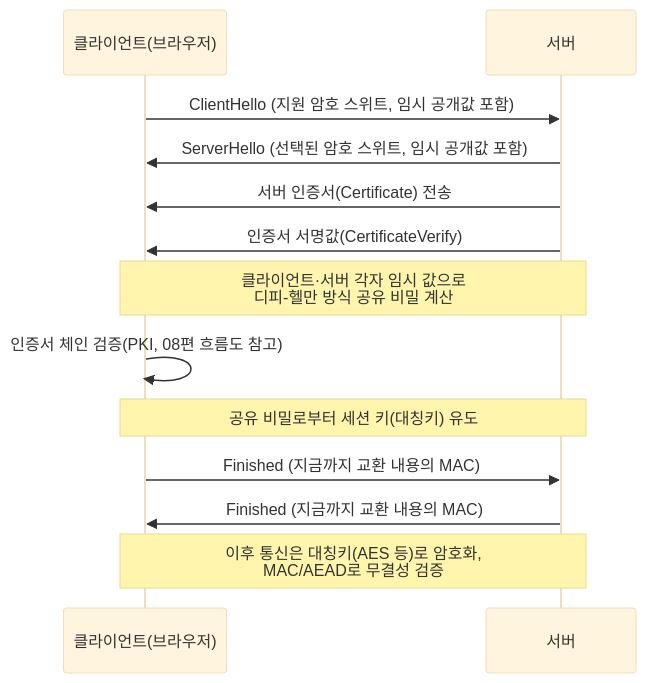
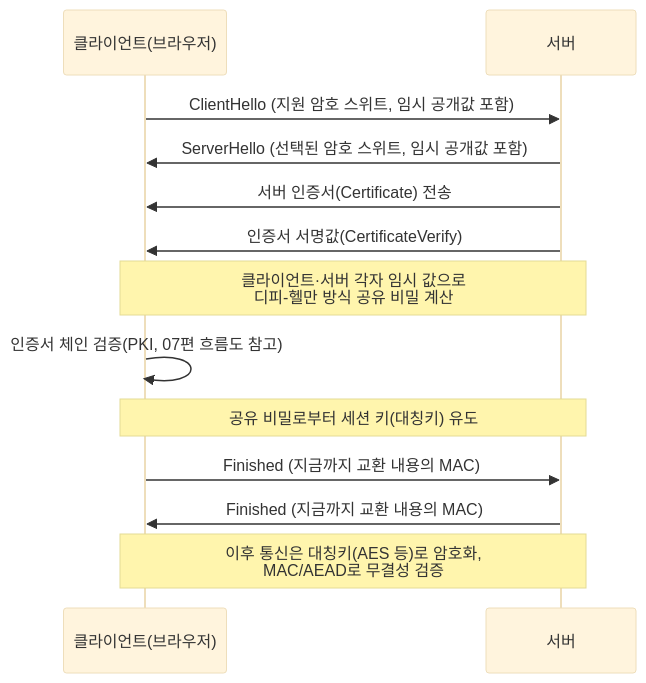
One commit to zenoK80/zeno-ai-docs changed the second of 2 diagrams in content/독학사/3단계/정보보호/07_pki-and-protocols.mdx. Above: the diagram before and after it, drawn with Mermaid (base theme). The commit also changed other lines of this file and 1368 other files, not shown here.

````diff
--- a/content/독학사/3단계/정보보호/07_pki-and-protocols.mdx
+++ b/content/독학사/3단계/정보보호/07_pki-and-protocols.mdx
@@ -62,16 +56,16 @@
 ```mermaid
 sequenceDiagram
     participant C as 클라이언트(브라우저)
     participant S as 서버
 
     C->>S: ClientHello (지원 암호 스위트, 임시 공개값 포함)
     S->>C: ServerHello (선택된 암호 스위트, 임시 공개값 포함)
     S->>C: 서버 인증서(Certificate) 전송
     S->>C: 인증서 서명값(CertificateVerify)
     Note over C,S: 클라이언트·서버 각자 임시 값으로<br/>디피-헬만 방식 공유 비밀 계산
-    C->>C: 인증서 체인 검증(PKI, 08편 흐름도 참고)
+    C->>C: 인증서 체인 검증(PKI, 07편 흐름도 참고)
     Note over C,S: 공유 비밀로부터 세션 키(대칭키) 유도
     C->>S: Finished (지금까지 교환 내용의 MAC)
     S->>C: Finished (지금까지 교환 내용의 MAC)
     Note over C,S: 이후 통신은 대칭키(AES 등)로 암호화,<br/>MAC/AEAD로 무결성 검증
 ```
````
